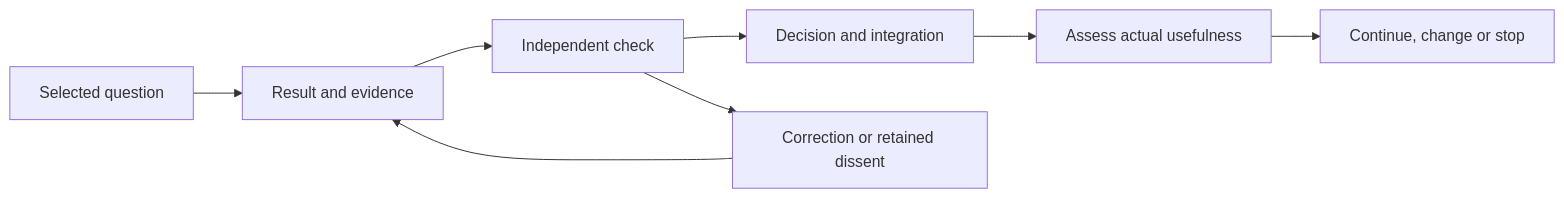
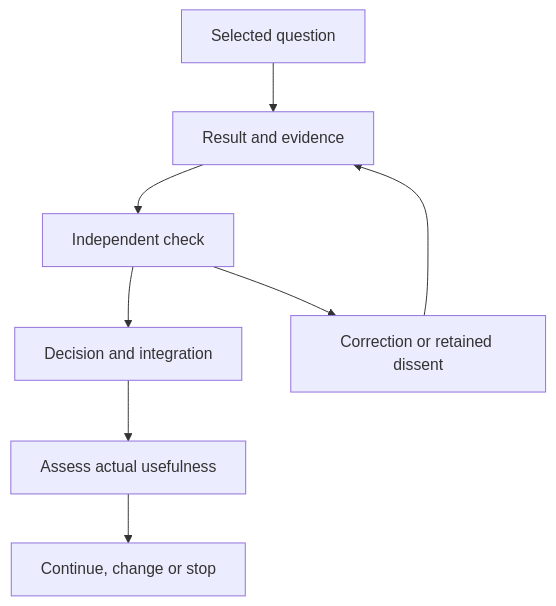
One commit to universal-altruism/distributed-proof-of-contribution changed the diagram in README.md. Above: the diagram before and after it, drawn with Mermaid.

Commit message:
docs: make continuity and contribution diagrams readable

````diff
--- a/README.md
+++ b/README.md
@@ -15,10 +15,10 @@
 ```mermaid
-flowchart LR
+flowchart TD
     Q[Selected question] --> R[Result and evidence]
     R --> C[Independent check]
     C --> D[Decision and integration]
     D --> U[Assess actual usefulness]
     C --> X[Correction or retained dissent]
     X --> R
     U --> N[Continue, change or stop]
 ```
````
